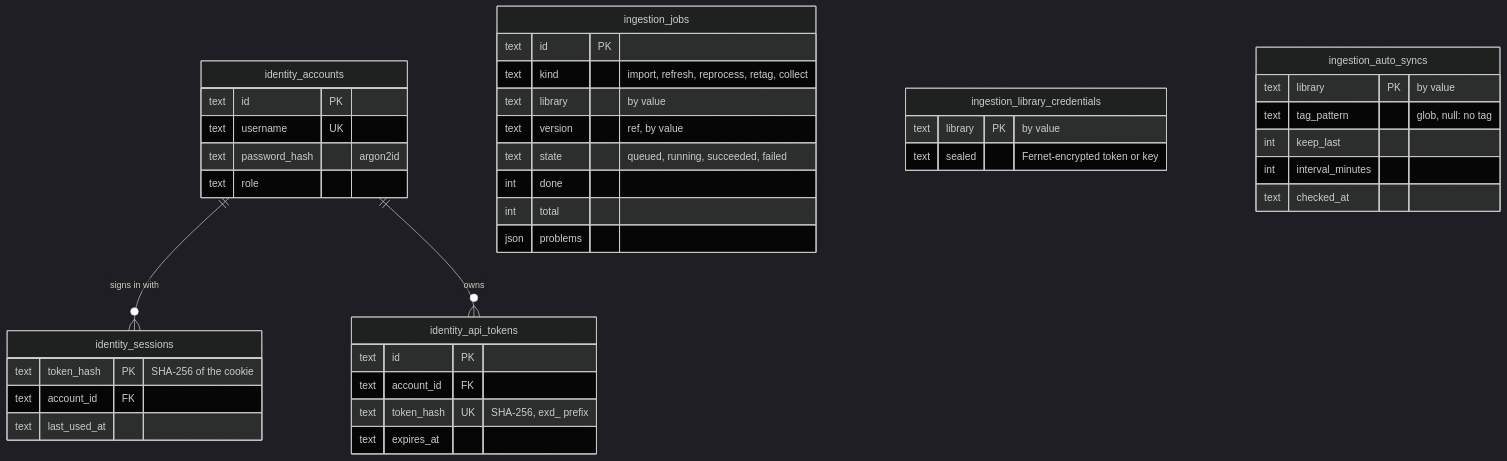
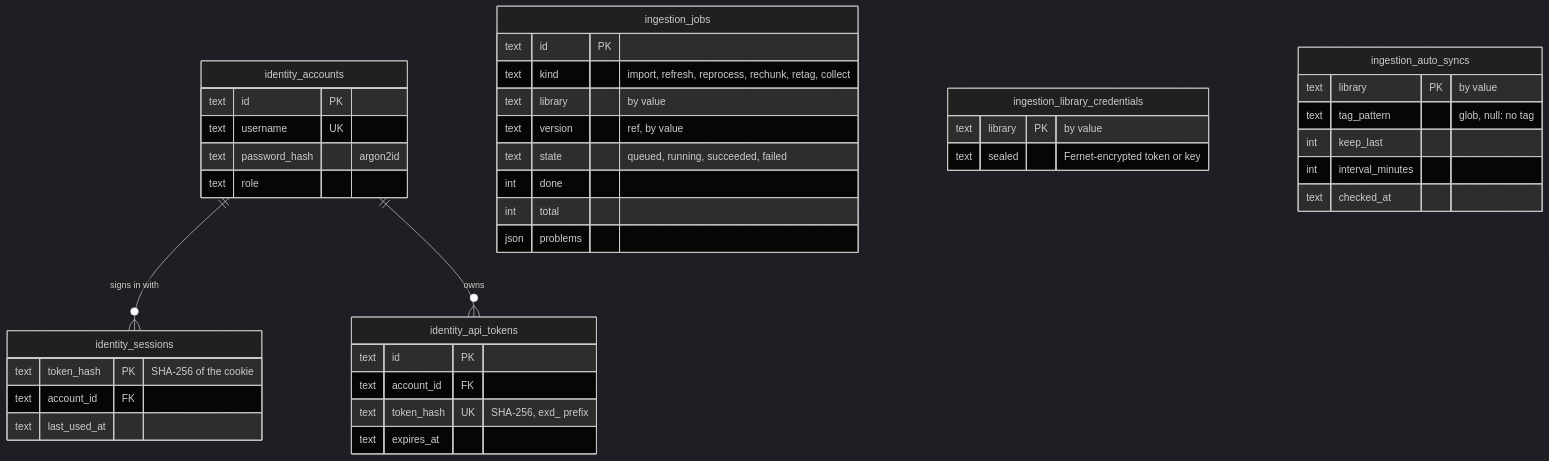
Before and after one commit to SirCypkowskyy/ExactDocs: the third of 5 diagrams in docs/architecture.md, drawn with Mermaid (dark theme). The commit also changed other lines of this file and 56 other files, not shown here.

````diff
--- a/docs/architecture.md
+++ b/docs/architecture.md
@@ -286,45 +286,45 @@
 ```mermaid
 erDiagram
     identity_accounts ||--o{ identity_sessions : "signs in with"
     identity_accounts ||--o{ identity_api_tokens : "owns"
 
     identity_accounts {
         text id PK
         text username UK
         text password_hash "argon2id"
         text role
     }
     identity_sessions {
         text token_hash PK "SHA-256 of the cookie"
         text account_id FK
         text last_used_at
     }
     identity_api_tokens {
         text id PK
         text account_id FK
         text token_hash UK "SHA-256, exd_ prefix"
         text expires_at
     }
 
     ingestion_jobs {
         text id PK
-        text kind "import, refresh, reprocess, retag, collect"
+        text kind "import, refresh, reprocess, rechunk, retag, collect"
         text library "by value"
         text version "ref, by value"
         text state "queued, running, succeeded, failed"
         int done
         int total
         json problems
     }
     ingestion_library_credentials {
         text library PK "by value"
         text sealed "Fernet-encrypted token or key"
     }
     ingestion_auto_syncs {
         text library PK "by value"
         text tag_pattern "glob, null: no tag"
         int keep_last
         int interval_minutes
         text checked_at
     }
 ```
````
